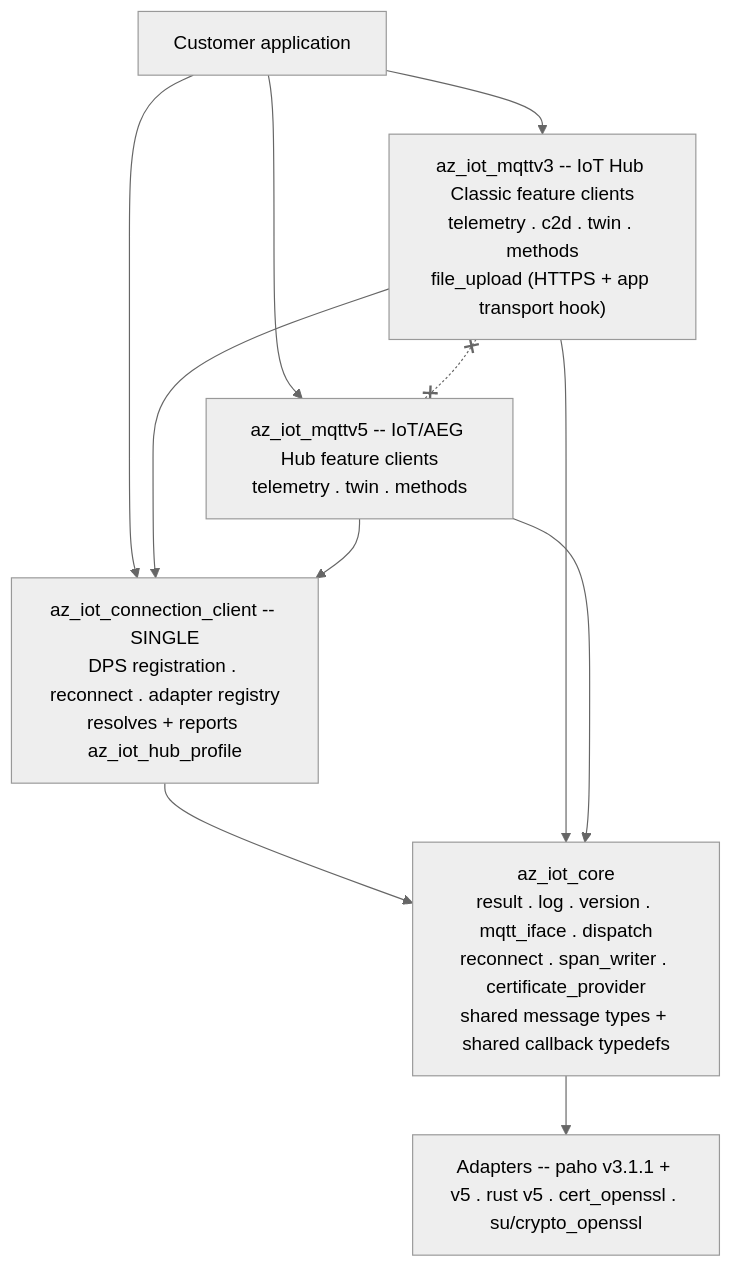
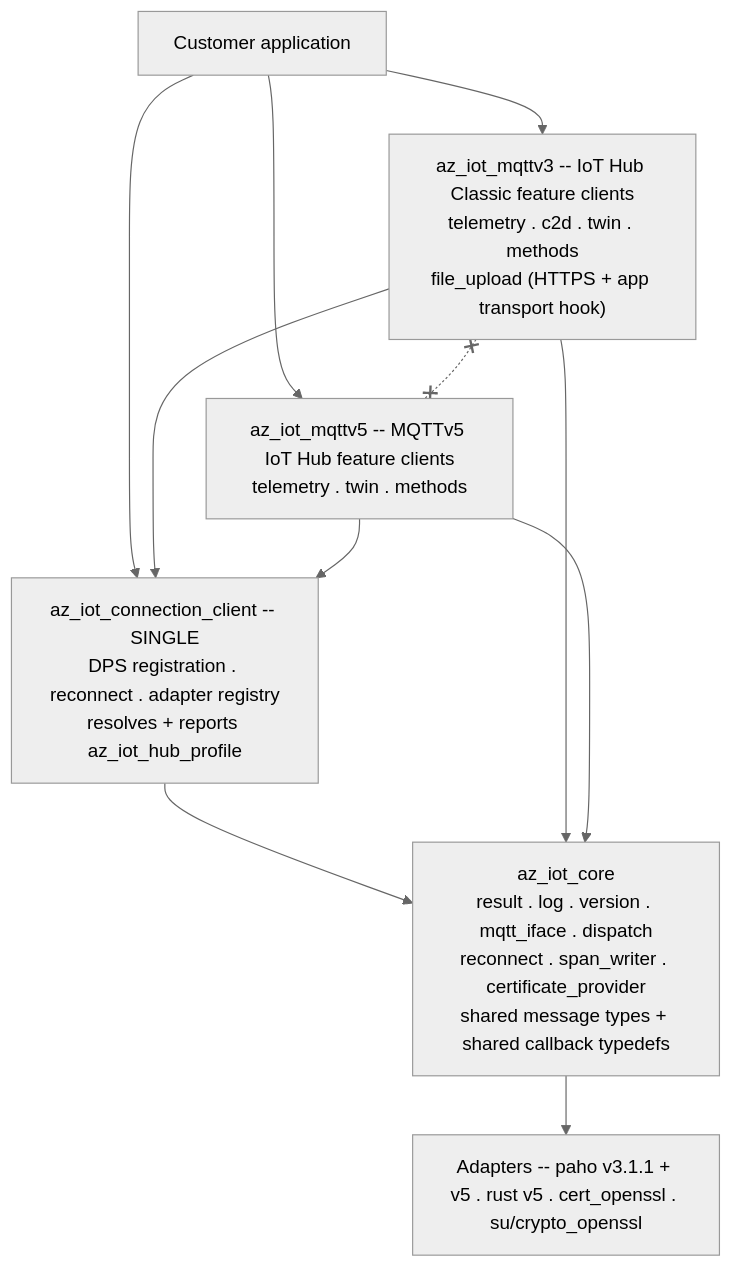
Before and after one commit to Azure/azure-iot-sdk: the first of 2 diagrams in c/docs/eng/client-separation.md, drawn with Mermaid (neutral theme). The commit also changed other lines of this file and 7 other files, not shown here.

Commit message:
Use MQTTv3/MQTTv5 instead of Classic, AEG and Hub-Next in text this PR adds or changes

````diff
--- a/c/docs/eng/client-separation.md
+++ b/c/docs/eng/client-separation.md
@@ -430,20 +430,20 @@
 ```mermaid
 flowchart TB
     APP["Customer application"]
     G1["az_iot_mqttv3 -- IoT Hub Classic feature clients<br/>telemetry . c2d . twin . methods<br/>file_upload (HTTPS + app transport hook)"]
-    G2["az_iot_mqttv5 -- IoT/AEG Hub feature clients<br/>telemetry . twin . methods"]
+    G2["az_iot_mqttv5 -- MQTTv5 IoT Hub feature clients<br/>telemetry . twin . methods"]
     CONN["az_iot_connection_client -- SINGLE<br/>DPS registration . reconnect . adapter registry<br/>resolves + reports az_iot_hub_profile"]
     CORE["az_iot_core<br/>result . log . version . mqtt_iface . dispatch<br/>reconnect . span_writer . certificate_provider<br/>shared message types + shared callback typedefs"]
     ADAPT["Adapters -- paho v3.1.1 + v5 . rust v5 . cert_openssl . su/crypto_openssl"]
 
     APP --> G1
     APP --> G2
     APP --> CONN
     G1 --> CONN
     G2 --> CONN
     CONN --> CORE
     G1 --> CORE
     G2 --> CORE
     CORE --> ADAPT
     G1 x-.-x G2
 ```
````
